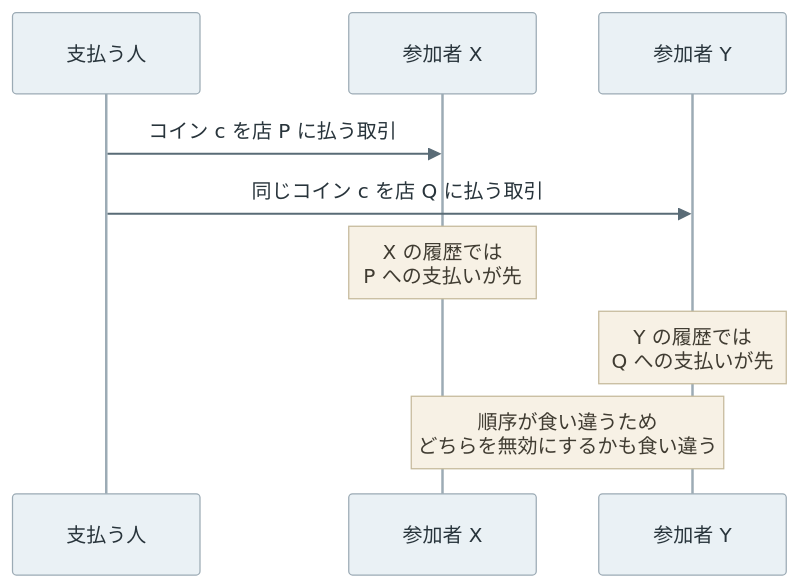
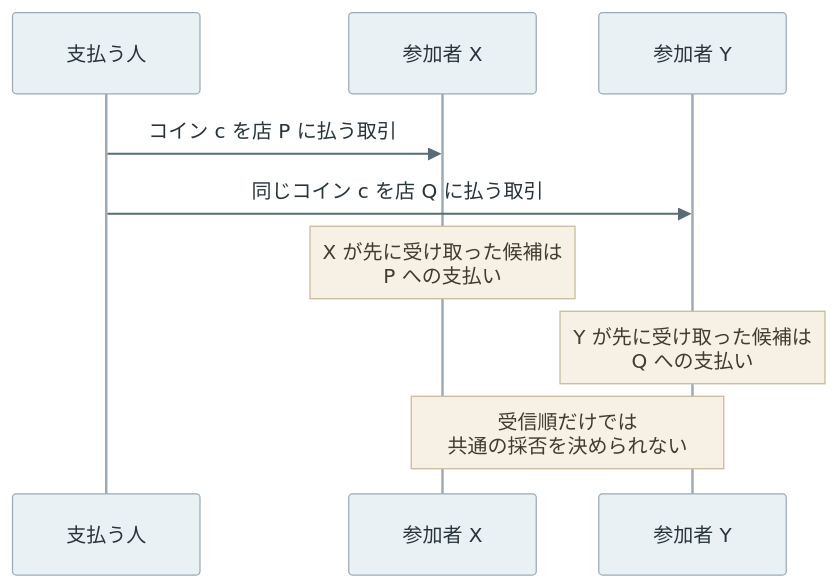
One commit to nao1215/debimate changed the second of 4 diagrams in content/notes/blockchain-systems/bitcoin-block/index.md. Above: the diagram before and after it, drawn with Mermaid. The commit also changed other lines of this file and 138 other files, not shown here.

````diff
--- a/content/notes/blockchain-systems/bitcoin-block/index.md
+++ b/content/notes/blockchain-systems/bitcoin-block/index.md
@@ -55,12 +55,12 @@
 ```mermaid
 %%{init: {"theme":"base","themeVariables":{"primaryColor":"#eaf1f5","primaryTextColor":"#28343b","primaryBorderColor":"#9cabb5","lineColor":"#596b76","textColor":"#28343b","actorBkg":"#eaf1f5","actorBorder":"#9cabb5","actorTextColor":"#28343b","actorLineColor":"#9cabb5","signalColor":"#596b76","signalTextColor":"#28343b","noteBkgColor":"#f7f1e5","noteBorderColor":"#c5b99b","noteTextColor":"#403c32","activationBkgColor":"#edf3ef","activationBorderColor":"#9aafa1"}}}%%
 sequenceDiagram
     participant A as 支払う人
     participant X as 参加者 X
     participant Y as 参加者 Y
     A->>X: コイン c を店 P に払う取引
     A->>Y: 同じコイン c を店 Q に払う取引
-    Note over X: X の履歴では<br/>P への支払いが先
-    Note over Y: Y の履歴では<br/>Q への支払いが先
-    Note over X,Y: 順序が食い違うため<br/>どちらを無効にするかも食い違う
+    Note over X: X が先に受け取った候補は<br/>P への支払い
+    Note over Y: Y が先に受け取った候補は<br/>Q への支払い
+    Note over X,Y: 受信順だけでは<br/>共通の採否を決められない
 ```
````
